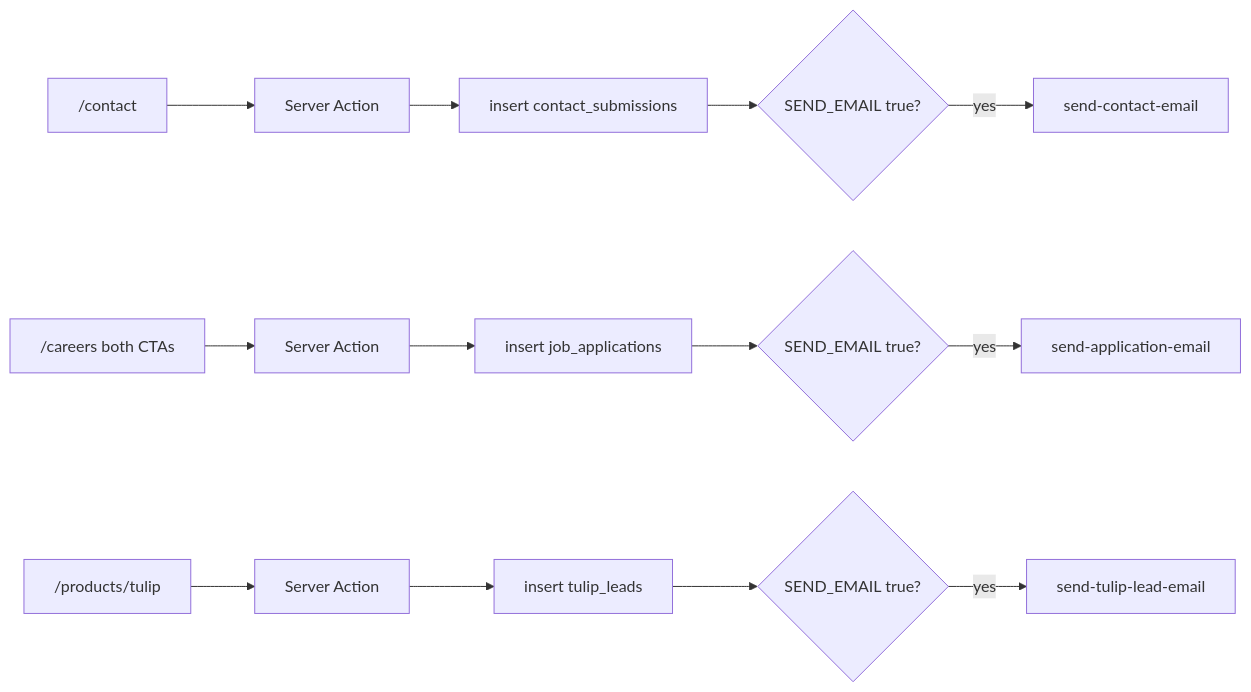
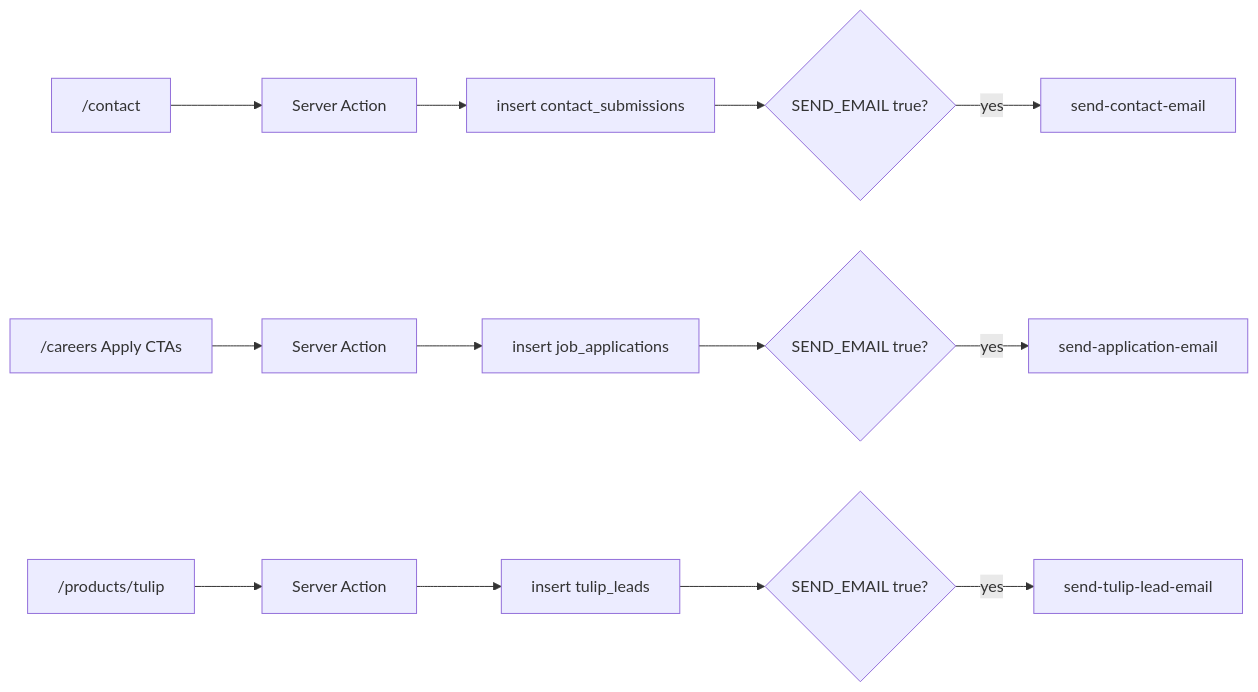
The diagram in doc/supabase.md (MargaritaSyd/OllyGarden), drawn with Mermaid before and after one commit. The commit also changed other lines of this file and 12 other files, not shown here.

````diff
--- a/doc/supabase.md
+++ b/doc/supabase.md
@@ -23,15 +23,15 @@
 ```mermaid
 flowchart LR
   Contact["/contact"] --> ActionC["Server Action"]
   ActionC --> InsertC["insert contact_submissions"]
   InsertC --> GateC{"SEND_EMAIL true?"}
   GateC -->|yes| FnC["send-contact-email"]
-  Careers["/careers both CTAs"] --> ActionJ["Server Action"]
+  Careers["/careers Apply CTAs"] --> ActionJ["Server Action"]
   ActionJ --> InsertJ["insert job_applications"]
   InsertJ --> GateJ{"SEND_EMAIL true?"}
   GateJ -->|yes| FnJ["send-application-email"]
   Tulip["/products/tulip"] --> ActionT["Server Action"]
   ActionT --> InsertT["insert tulip_leads"]
   InsertT --> GateT{"SEND_EMAIL true?"}
   GateT -->|yes| FnT["send-tulip-lead-email"]
 ```
````
